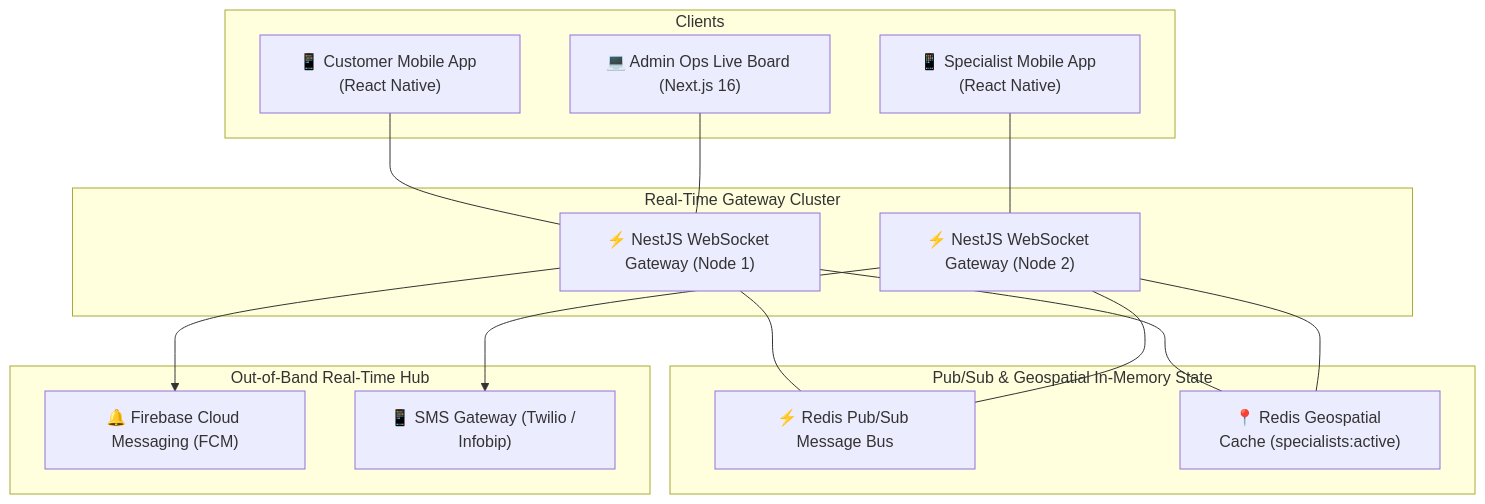
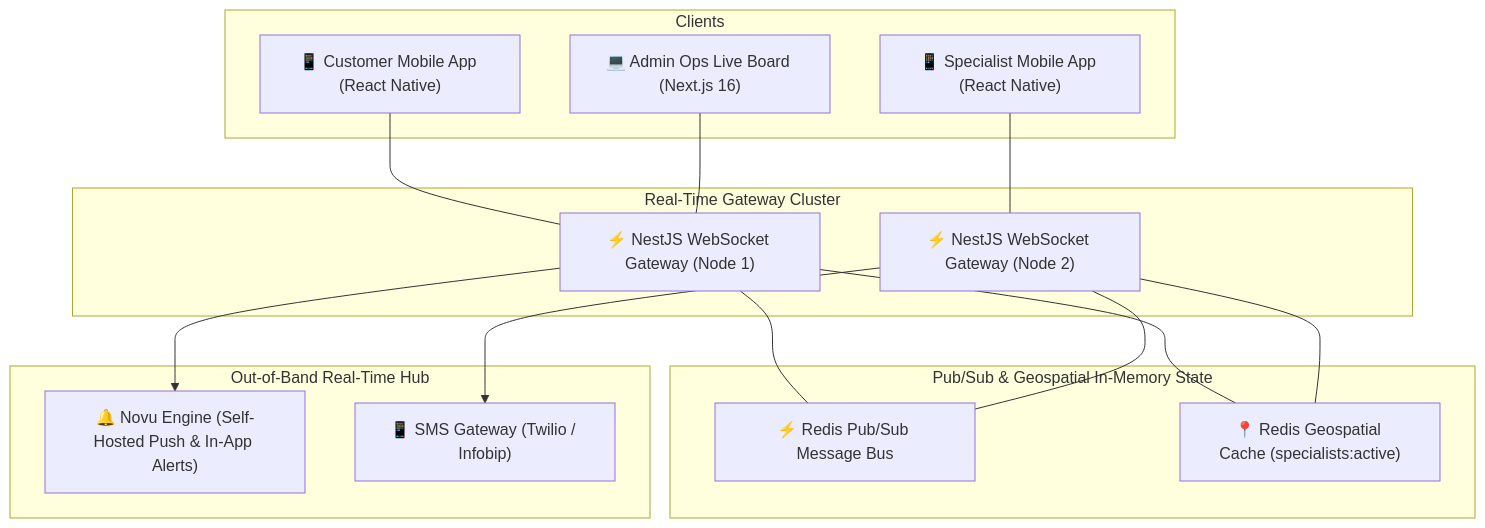
Before and after one commit to fsdevriver/800-doc: the first of 2 diagrams in docs/system-design/realtime-tracking.md, drawn with Mermaid. The commit also changed 3 other files, not shown here.

Commit message:
feat: adopt Novu self-hosted notification engine across architecture and tech stack

````diff
--- a/docs/system-design/realtime-tracking.md
+++ b/docs/system-design/realtime-tracking.md
@@ -9,35 +9,35 @@
 ```mermaid
 graph TD
     subgraph Clients["Clients"]
         CA["📱 Customer Mobile App (React Native)"]
         SA["📱 Specialist Mobile App (React Native)"]
         AP["💻 Admin Ops Live Board (Next.js 16)"]
     end
 
     subgraph GatewayCluster["Real-Time Gateway Cluster"]
         WS1["⚡ NestJS WebSocket Gateway (Node 1)"]
         WS2["⚡ NestJS WebSocket Gateway (Node 2)"]
     end
 
     subgraph PubSubCluster["Pub/Sub & Geospatial In-Memory State"]
         REDIS_PUB["⚡ Redis Pub/Sub Message Bus"]
         REDIS_GEO["📍 Redis Geospatial Cache (specialists:active)"]
     end
 
     subgraph OutOfBand["Out-of-Band Real-Time Hub"]
-        FCM["🔔 Firebase Cloud Messaging (FCM)"]
+        NOVU["🔔 Novu Engine (Self-Hosted Push & In-App Alerts)"]
         SMS["📱 SMS Gateway (Twilio / Infobip)"]
     end
 
     CA --- WS1
     SA --- WS2
     AP --- WS1
 
     WS1 --- REDIS_PUB
     WS2 --- REDIS_PUB
     WS1 --- REDIS_GEO
     WS2 --- REDIS_GEO
 
-    WS1 --> FCM
+    WS1 --> NOVU
     WS2 --> SMS
 ```
````
